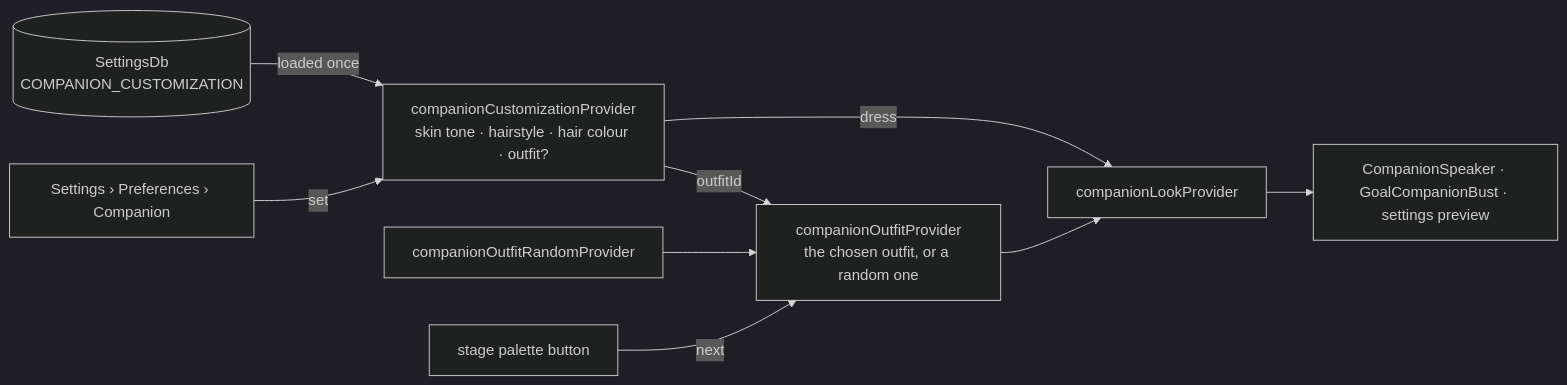
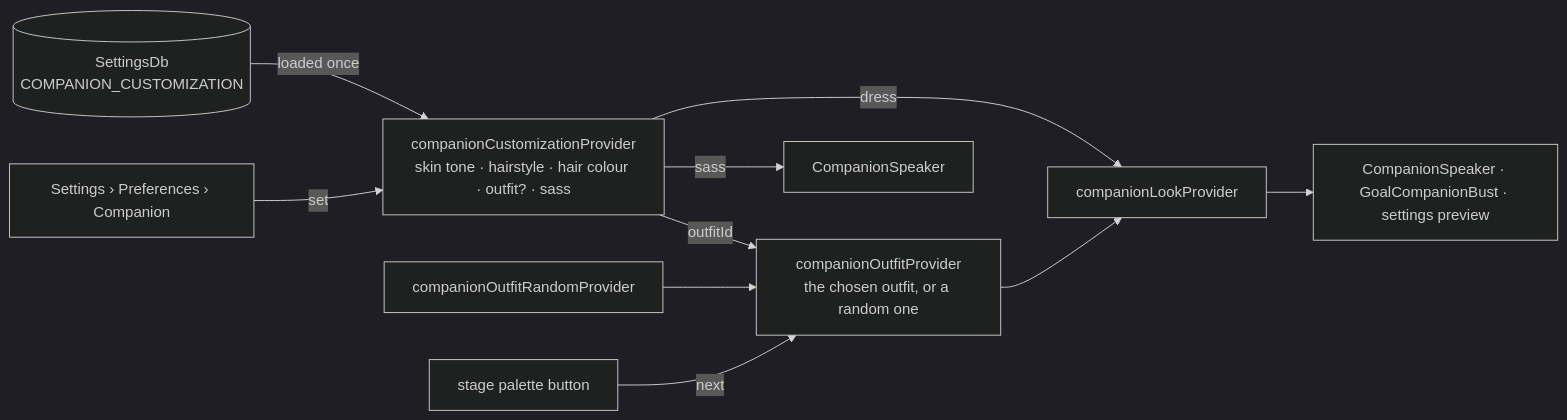
One commit to matthiasn/lotti changed the fifth of 10 diagrams in knowledge/features/companion.md. Above: the diagram before and after it, drawn with Mermaid (dark theme). The commit also changed other lines of this file and 49 other files, not shown here.

Commit message:
feat(companion): sass that reaches the app, faces on the beats, and a last word (#4828)

````diff
--- a/knowledge/features/companion.md
+++ b/knowledge/features/companion.md
@@ -293,11 +297,12 @@
 ```mermaid
 flowchart LR
-  DB[(SettingsDb<br/>COMPANION_CUSTOMIZATION)] -->|loaded once| C[companionCustomizationProvider<br/>skin tone · hairstyle · hair colour · outfit?]
+  DB[(SettingsDb<br/>COMPANION_CUSTOMIZATION)] -->|loaded once| C[companionCustomizationProvider<br/>skin tone · hairstyle · hair colour · outfit? · sass]
   C -->|outfitId| O[companionOutfitProvider<br/>the chosen outfit, or a random one]
   R[companionOutfitRandomProvider] --> O
   Stage[stage palette button] -->|next| O
   Settings[Settings › Preferences › Companion] -->|set| C
   C -->|dress| L[companionLookProvider]
   O --> L
   L --> Hosts[CompanionSpeaker · GoalCompanionBust · settings preview]
+  C -->|sass| Speaker[CompanionSpeaker]
 ```
````
